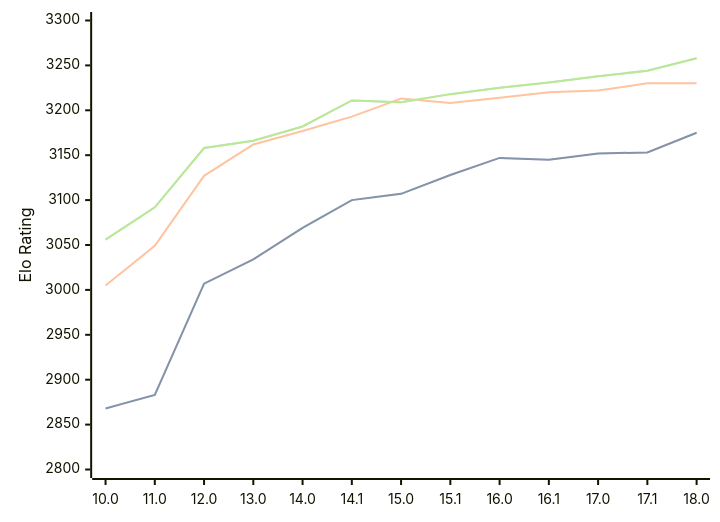
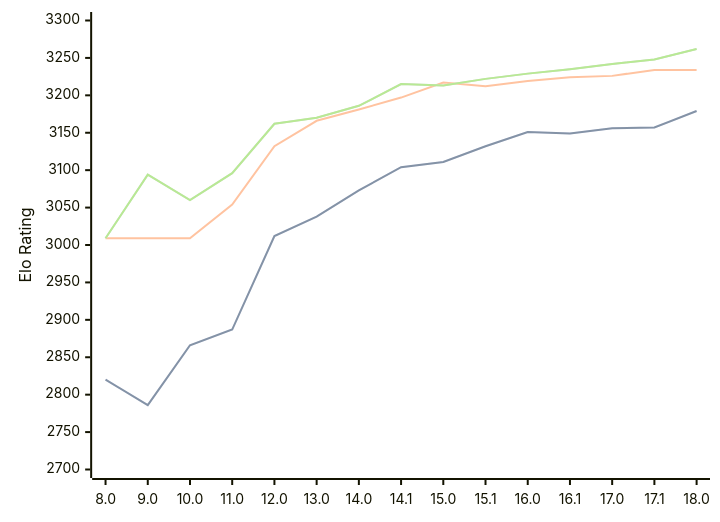
One commit to computer-chess-index/cci changed the diagram in engines/Stockfish.md. Above: the diagram before and after it, drawn with Mermaid. The commit also changed other lines of this file, not shown here.

Commit message:
Update CCI Ratings (ELO VLTC) - 2026-02-24

````diff
--- a/engines/Stockfish.md
+++ b/engines/Stockfish.md
@@ -42,11 +43,11 @@
 ```mermaid
 %%{init: {"theme":"base","themeVariables":{"seriesColors:['#a3a3a3','#222221','#faa371']}}}%%
 xychart-beta
-  x-axis ["10.0", "11.0", "12.0", "13.0", "14.0", "14.1", "15.0", "15.1", "16.0", "16.1", "17.0", "17.1", "18.0"]
-  y-axis "Elo Rating" 2800 --> 3300
-  line "STC (8.0+0.08s)" [2868, 2883, 3007, 3034, 3069, 3100, 3107, 3128, 3147, 3145, 3152, 3153, 3175]
-  line "STC (8.0+0.08s)" [2868, 2883, 3007, 3034, 3069, 3100, 3107, 3128, 3147, 3145, 3152, 3153, 3175]
-  line "LTC (60.0+0.60s)" [3005, 3049, 3127, 3162, 3177, 3193, 3213, 3208, 3214, 3220, 3222, 3230, 3230]
-  line "VLTC (2m24s+1.12s)" [3056, 3092, 3158, 3166, 3182, 3211, 3209, 3218, 3225, 3231, 3238, 3244, 3258]
-  line "VLTC (2m24s+1.12s)" [3056, 3092, 3158, 3166, 3182, 3211, 3209, 3218, 3225, 3231, 3238, 3244, 3258]
+  x-axis ["8.0", "9.0", "10.0", "11.0", "12.0", "13.0", "14.0", "14.1", "15.0", "15.1", "16.0", "16.1", "17.0", "17.1", "18.0"]
+  y-axis "Elo Rating" 2700 --> 3300
+  line "STC (8.0+0.08s)" [2820, 2786, 2866, 2887, 3012, 3038, 3073, 3104, 3111, 3132, 3151, 3149, 3156, 3157, 3179]
+  line "STC (8.0+0.08s)" [2820, 2786, 2866, 2887, 3012, 3038, 3073, 3104, 3111, 3132, 3151, 3149, 3156, 3157, 3179]
+  line "LTC (60.0+0.60s)" [3009, 3009, 3009, 3054, 3132, 3166, 3181, 3197, 3217, 3212, 3219, 3224, 3226, 3234, 3234]
+  line "VLTC (2m24s+1.12s)" [3009, 3094, 3060, 3096, 3162, 3170, 3186, 3215, 3213, 3222, 3229, 3235, 3242, 3248, 3262]
+  line "VLTC (2m24s+1.12s)" [3009, 3094, 3060, 3096, 3162, 3170, 3186, 3215, 3213, 3222, 3229, 3235, 3242, 3248, 3262]
 ```
````
